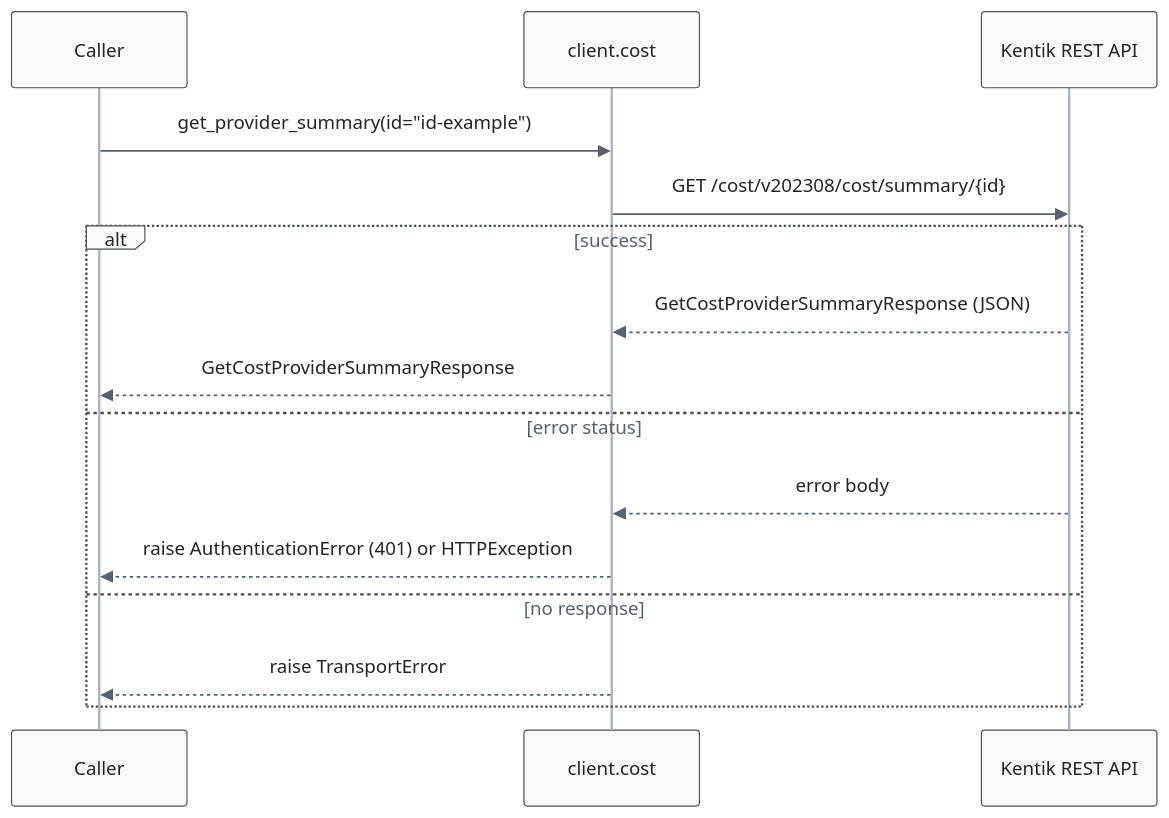
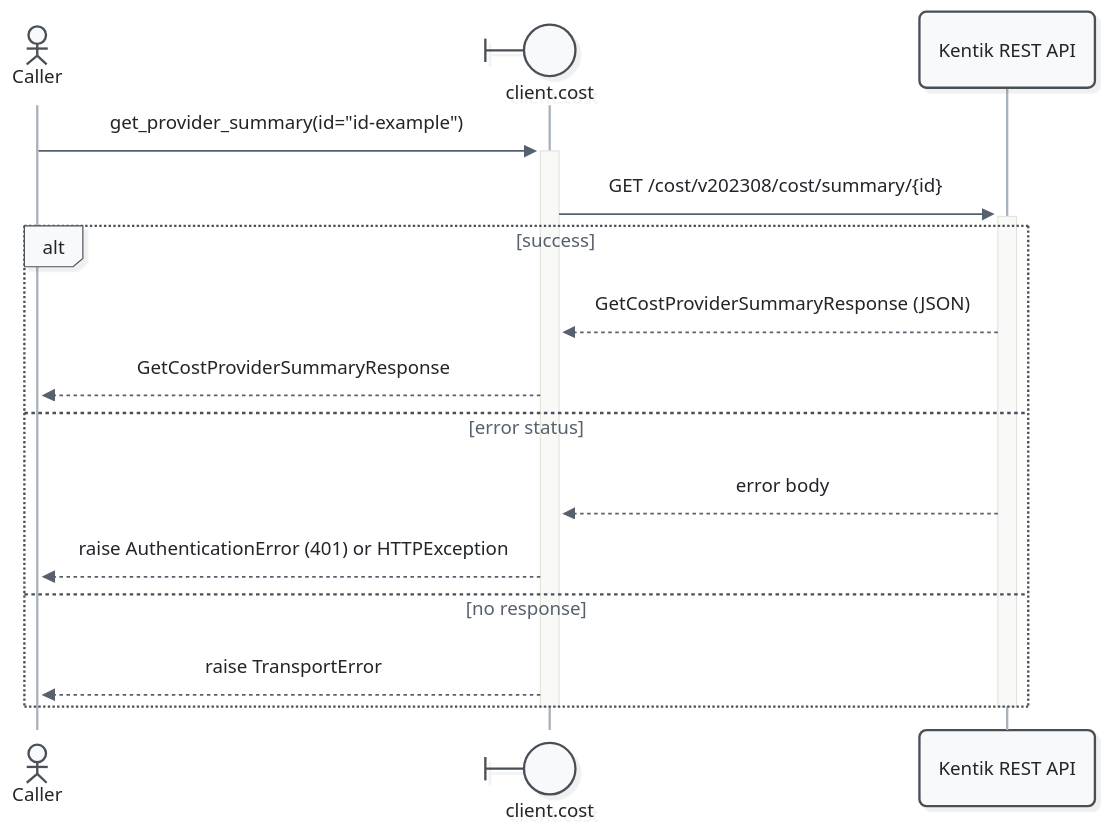
The fifth of 7 diagrams in docs/sphinx/services/cost.md (alexdearaujo/community_sdk_python), drawn with Mermaid before and after one commit. The commit also changed other lines of this file and 52 other files, not shown here.

First line of the commit message:
docs: Mermaid 12 sequence diagrams with participant types and path colors

````diff
--- a/docs/sphinx/services/cost.md
+++ b/docs/sphinx/services/cost.md
@@ -179,19 +189,21 @@
 ```mermaid
-%%{init: {"theme": "base", "fontFamily": "ui-monospace, SFMono-Regular, Menlo, monospace", "themeVariables": {"fontFamily": "ui-monospace, SFMono-Regular, Menlo, monospace", "primaryColor": "#f8f9fa", "primaryBorderColor": "#495057", "primaryTextColor": "#212529", "textColor": "#212529", "lineColor": "#77818c", "edgeLabelBackground": "#ffffff", "actorBkg": "#f8f9fa", "actorBorder": "#495057", "actorTextColor": "#212529", "actorLineColor": "#a9b3be", "signalColor": "#57616d", "signalTextColor": "#212529", "labelBoxBkgColor": "#f8f9fa", "labelBoxBorderColor": "#495057", "labelTextColor": "#212529", "loopTextColor": "#57616d", "noteBkgColor": "#fff9db", "noteBorderColor": "#f08c00", "noteTextColor": "#a35a00"}, "flowchart": {"curve": "step", "nodeSpacing": 30, "rankSpacing": 70, "wrappingWidth": 400}}}%%
+%%{init: {"theme": "redux", "look": "neo", "layout": "dagre", "fontFamily": "ui-monospace, SFMono-Regular, Menlo, monospace", "themeVariables": {"fontFamily": "ui-monospace, SFMono-Regular, Menlo, monospace", "primaryColor": "#f8f9fa", "primaryBorderColor": "#495057", "primaryTextColor": "#212529", "textColor": "#212529", "lineColor": "#77818c", "edgeLabelBackground": "#ffffff", "actorBkg": "#f8f9fa", "actorBorder": "#495057", "actorTextColor": "#212529", "actorLineColor": "#a9b3be", "signalColor": "#57616d", "signalTextColor": "#212529", "labelBoxBkgColor": "#f8f9fa", "labelBoxBorderColor": "#495057", "labelTextColor": "#212529", "loopTextColor": "#57616d", "noteBkgColor": "#fff9db", "noteBorderColor": "#f08c00", "noteTextColor": "#a35a00"}, "sequence": {"activationWidth": 16}, "flowchart": {"curve": "step", "nodeSpacing": 30, "rankSpacing": 70, "wrappingWidth": 400}}}%%
 sequenceDiagram
-    participant C as Caller
-    participant W as client.cost
+    actor C as Caller
+    participant W@{ "type": "boundary" } as client.cost
     participant API as Kentik REST API
 
-    C->>W: get_provider_summary(id="id-example")
-    W->>API: GET /cost/v202308/cost/summary/{id}
+    C->>+W: get_provider_summary(id="id-example")
+    W->>+API: GET /cost/v202308/cost/summary/{id}
     alt success
         API-->>W: GetCostProviderSummaryResponse (JSON)
         W-->>C: GetCostProviderSummaryResponse
     else error status
         API-->>W: error body
         W-->>C: raise AuthenticationError (401) or HTTPException
     else no response
         W-->>C: raise TransportError
     end
+    deactivate API
+    deactivate W
 ```
````
